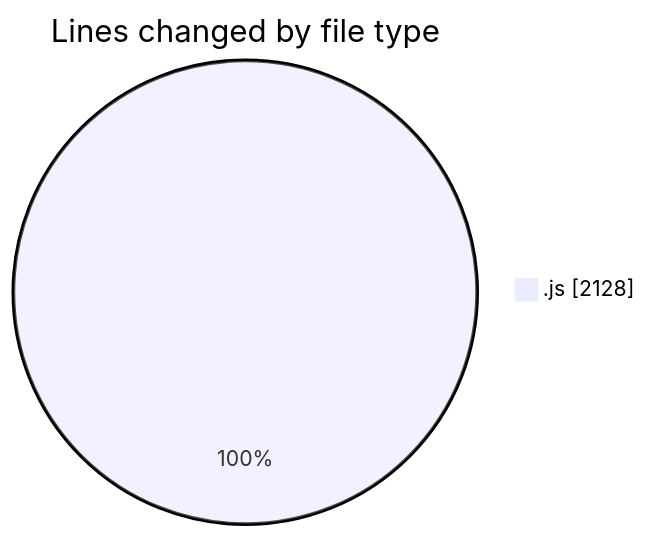
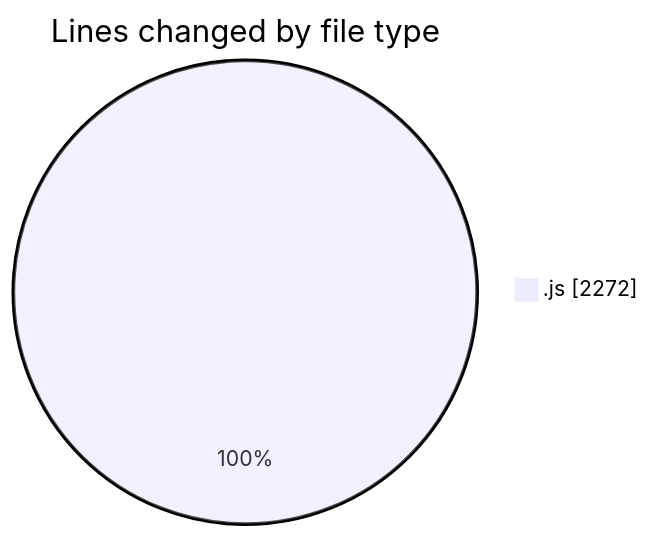
The first of 2 diagrams in 2025-04-03/jsvms/README.md (BS-eng2023/code-tracking), drawn with Mermaid before and after one commit. The commit also changed other lines of this file and 1 other file, not shown here.

````diff
--- a/2025-04-03/jsvms/README.md
+++ b/2025-04-03/jsvms/README.md
@@ -32,5 +33,5 @@
 ```mermaid
 pie showData
 title Lines changed by file type
-".js" : 2128
+".js" : 2272
 ```
````
